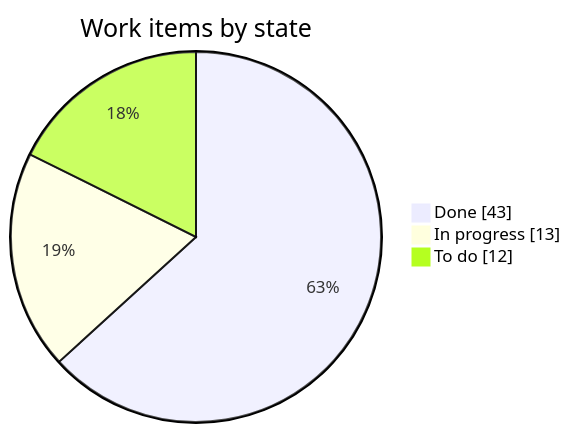
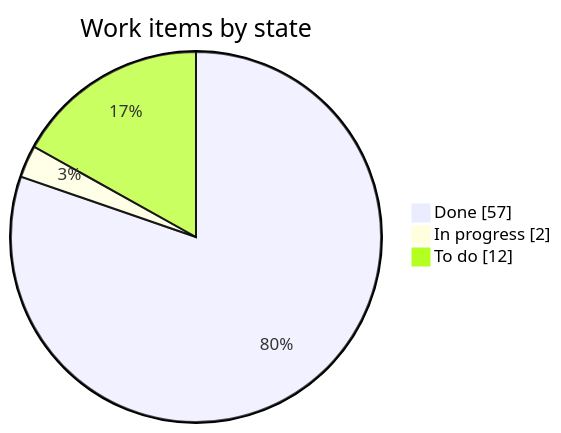
One commit to LoMagnette/ghost-light changed the first of 2 diagrams in STATUS.md. Above: the diagram before and after it, drawn with Mermaid. The commit also changed other lines of this file and 2 other files, not shown here.

````diff
--- a/STATUS.md
+++ b/STATUS.md
@@ -31,7 +36,7 @@
 ```mermaid
 pie showData
     title Work items by state
-    "Done" : 43
-    "In progress" : 13
+    "Done" : 57
+    "In progress" : 2
     "To do" : 12
 ```
````
